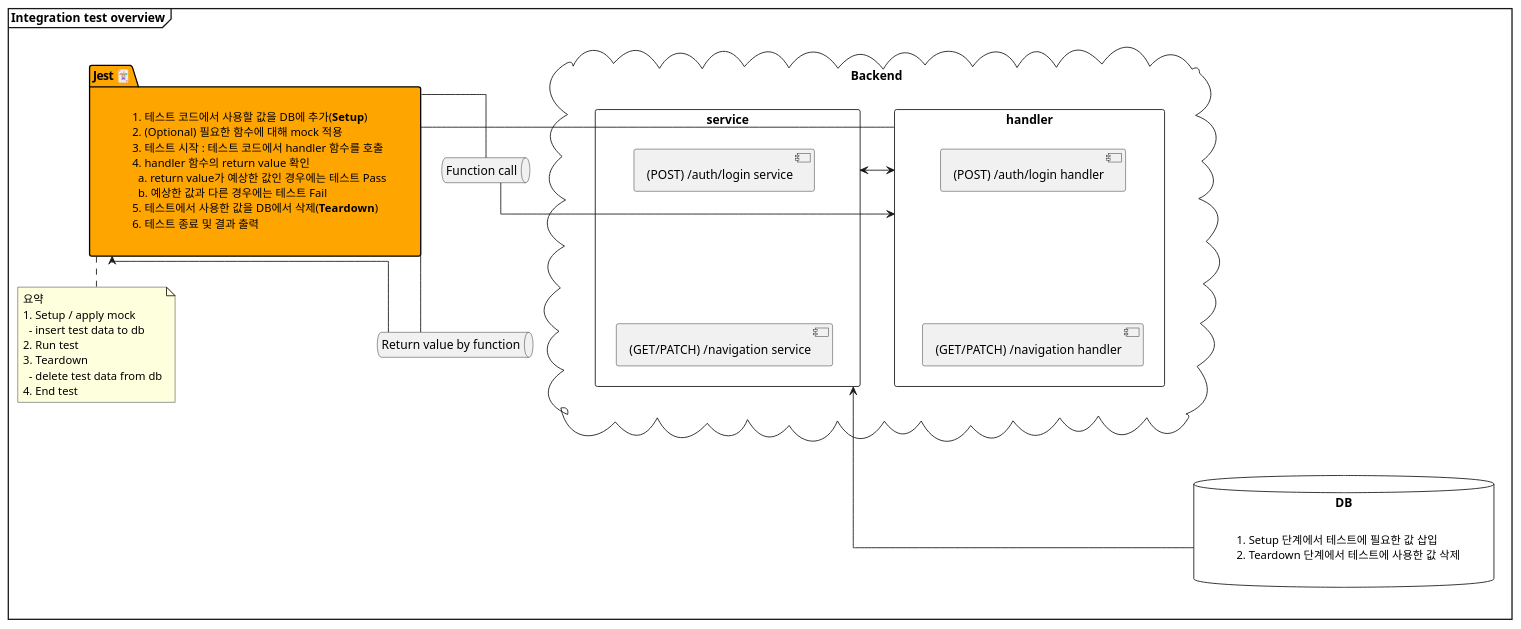
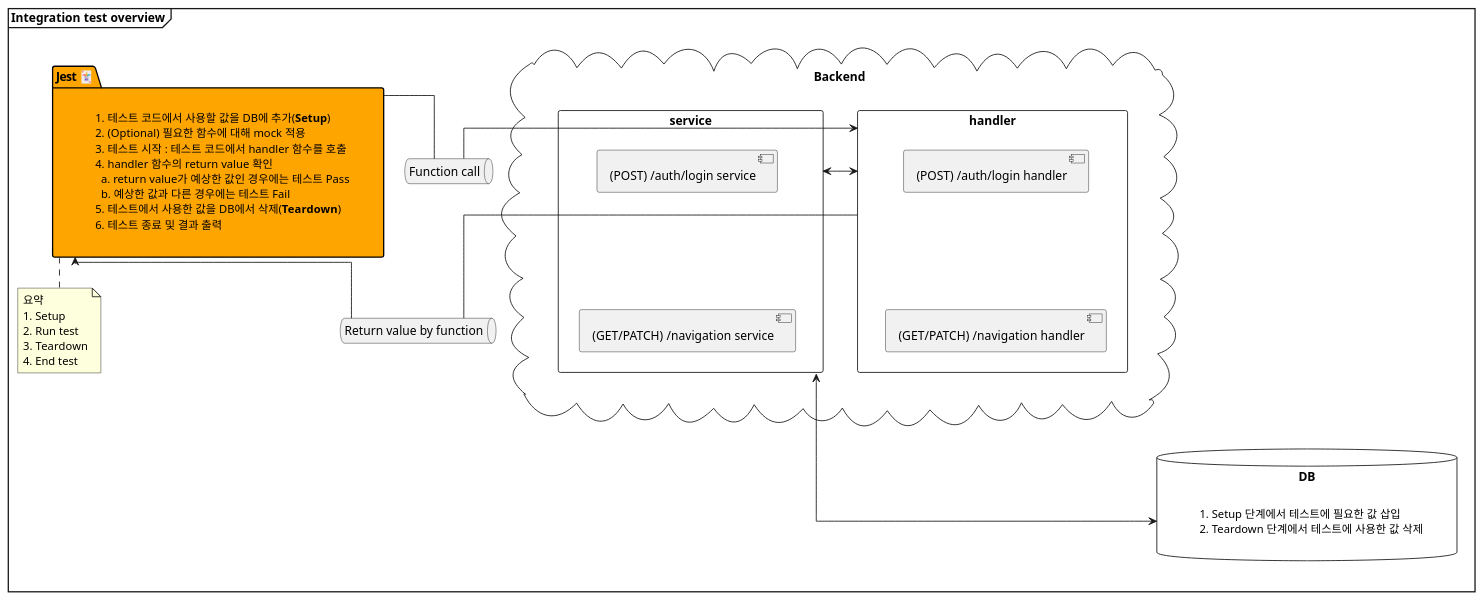
One commit to phoi5675/jest-example changed the diagram in docs/backend/3_integration_test_overview.pu. Above: the diagram before and after it, drawn with PlantUML. The commit also changed 1 other file, not shown here.

Commit message:
Update diagrams
- Use bi-directional arrow for database
- Simplify summarize of jest procedure

```diff
--- a/docs/backend/3_integration_test_overview.pu
+++ b/docs/backend/3_integration_test_overview.pu
@@ -1,88 +1,86 @@
 @startuml 3_integration_test_overview
 mainframe **Integration test overview**
 hide stereotype
 
 skinparam linetype ortho
 skinparam <<transparent>> {
   ComponentStyle rectangle
   ComponentFontColor white
   ComponentBackgroundColor transparent
   ComponentBorderColor transparent
 }
 skinparam DefaultTextAlignment left
 
 skinparam <<jest>> {
   PackageBackgroundColor Orange
 }
 
 skinparam <<jest_note>> {
   NoteBorderColor transparent
   NoteBackgroundColor transparent
 }
 
 skinparam <<database>> {
   DatabaseBackgroundColor Wihte
 }
 
 package "Jest 🃏" <<jest>> AS Jest {
   note AS jest_note <<jest_note>>
     1. 테스트 코드에서 사용할 값을 DB에 추가(**Setup**)
     2. (Optional) 필요한 함수에 대해 mock 적용
     3. 테스트 시작 : 테스트 코드에서 handler 함수를 호출
     4. handler 함수의 return value 확인
       a. return value가 예상한 값인 경우에는 테스트 Pass
       b. 예상한 값과 다른 경우에는 테스트 Fail
     5. 테스트에서 사용한 값을 DB에서 삭제(**Teardown**)
     6. 테스트 종료 및 결과 출력
   end note
 }
 
 note bottom of Jest
   요약
-  1. Setup / apply mock
-    - insert test data to db
+  1. Setup
   2. Run test
   3. Teardown
-    - delete test data from db
   4. End test
 end note
 
 queue "Function call" AS function_call
 queue "Return value by function" AS function_return
 
 cloud Backend {
   rectangle handler {
     component "(POST) /auth/login handler" as login_handler
     component "(GET/PATCH) /navigation handler" as nav_handler
 
     login_handler -down[hidden]- nav_handler
   }
   rectangle service {
     component "(POST) /auth/login service" as login_service
     component "(GET/PATCH) /navigation service" as nav_service
 
     login_service -down[hidden]- nav_service
   }
 }
 
 database DB <<database>> {
   note as db_note <<jest_note>>
     1. Setup 단계에서 테스트에 필요한 값 삽입
     2. Teardown 단계에서 테스트에 사용한 값 삭제
   end note
 }
 
 function_call -down[hidden]- function_return
 
 Jest - function_call
 handler <- function_call
 
 Jest <- function_return
 handler -right- function_return
 
 Jest -right[hidden]- Backend
-DB -up---> service
+DB <-up---> service
 
 handler <-> service
 
 @enduml
```
